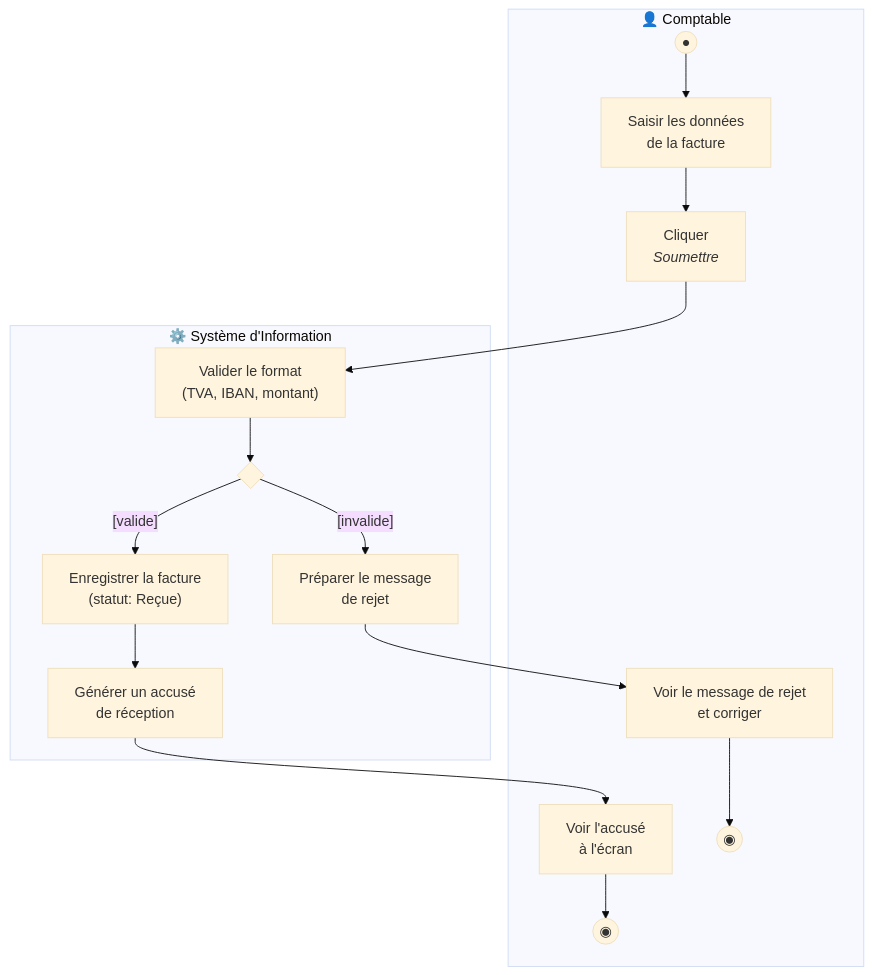
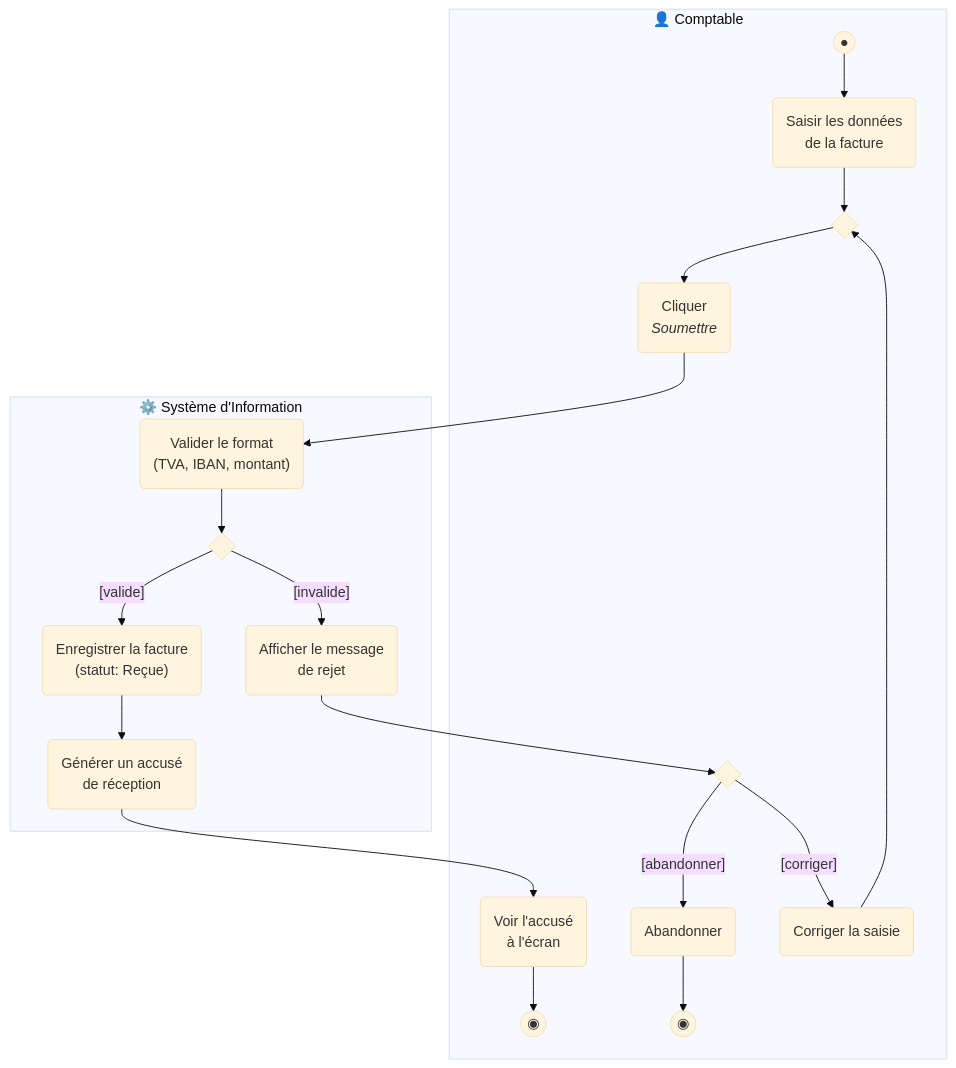
The second of 11 diagrams in UML/solutions/UML Activity Solutions.md (MATBMS/study-case-training), drawn with Mermaid (base theme) before and after one commit. The commit also changed other lines of this file and 12 other files, not shown here.

````diff
--- a/UML/solutions/UML Activity Solutions.md
+++ b/UML/solutions/UML Activity Solutions.md
@@ -24,18 +49,22 @@
 ```mermaid
 flowchart TB
     subgraph CPT ["👤 Comptable"]
-        I(("●")) --> A["Saisir les données<br/>de la facture"]
-        A --> B["Cliquer<br/><i>Soumettre</i>"]
-        OK["Voir l'accusé<br/>à l'écran"] --> END(("◉"))
-        KO["Voir le message de rejet<br/>et corriger"] --> FF(("◉"))
+        I(("●")) --> A("Saisir les données<br/>de la facture")
+        A --> M{" "}
+        COR("Corriger la saisie") --> M
+        M --> B("Cliquer<br/><i>Soumettre</i>")
+        OK("Voir l'accusé<br/>à l'écran") --> END(("◉"))
+        KOD -- "[abandonner]" --> ABD("Abandonner")
+        KOD{" "} -- "[corriger]" --> COR
+        ABD --> END2(("◉"))
     end
     subgraph SI ["⚙️ Système d'Information"]
-        S1["Valider le format<br/>(TVA, IBAN, montant)"] --> D{" "}
-        D -- "[valide]" --> S2["Enregistrer la facture<br/>(statut: Reçue)"]
-        S2 --> S3["Générer un accusé<br/>de réception"]
-        D -- "[invalide]" --> S4["Préparer le message<br/>de rejet"]
+        S1("Valider le format<br/>(TVA, IBAN, montant)") --> D{" "}
+        D -- "[valide]" --> S2("Enregistrer la facture<br/>(statut: Reçue)")
+        S2 --> S3("Générer un accusé<br/>de réception")
+        D -- "[invalide]" --> S4("Afficher le message<br/>de rejet")
     end
     B --> S1
     S3 --> OK
-    S4 --> KO
+    S4 --> KOD
 ```
````
